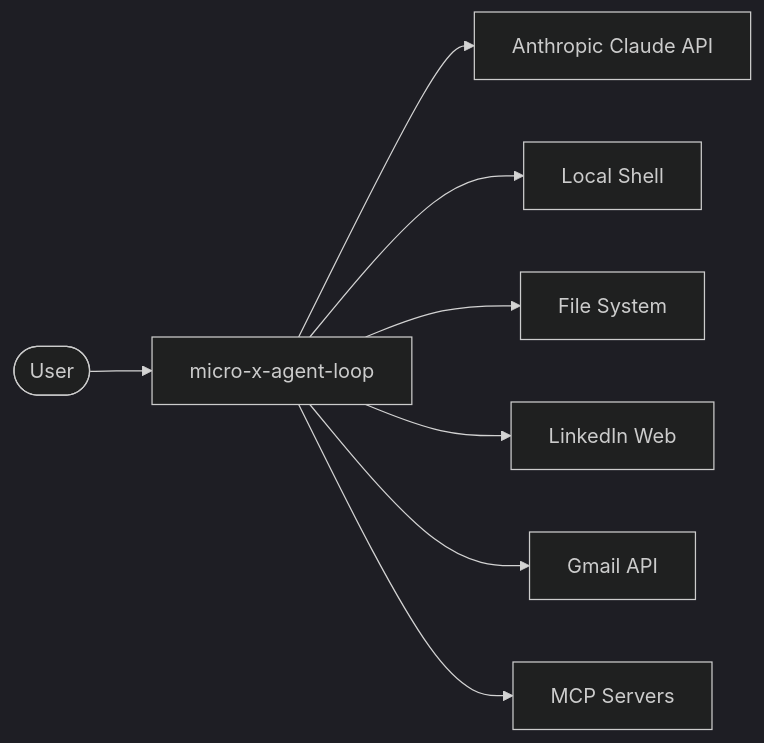
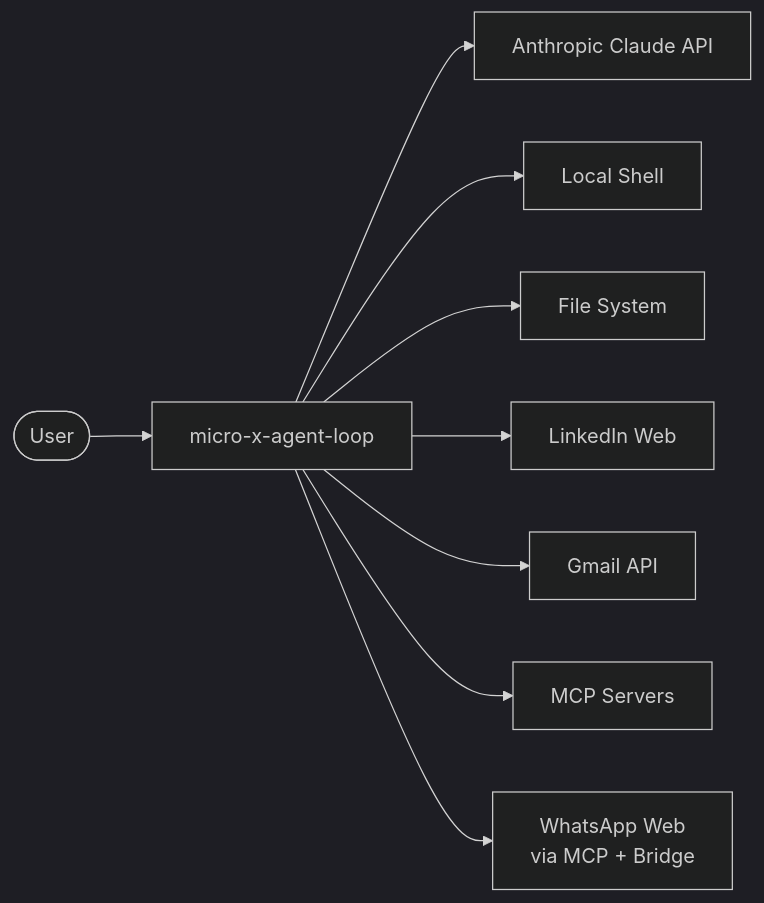
Before and after one commit to StephenDenisEdwards/micro-x-agent-loop-python: the first of 3 diagrams in documentation/docs/architecture/SAD.md, drawn with Mermaid (dark theme). The commit also changed other lines of this file and 6 other files, not shown here.

First line of the commit message:
Add WhatsApp MCP server config and comprehensive documentation

````diff
--- a/documentation/docs/architecture/SAD.md
+++ b/documentation/docs/architecture/SAD.md
@@ -38,10 +38,11 @@
 ```mermaid
 graph LR
     User([User]) --> Agent[micro-x-agent-loop]
     Agent --> Claude[Anthropic Claude API]
     Agent --> Shell[Local Shell]
     Agent --> FS[File System]
     Agent --> LinkedIn[LinkedIn Web]
     Agent --> Gmail[Gmail API]
     Agent --> MCP[MCP Servers]
+    Agent --> WhatsApp[WhatsApp Web<br/>via MCP + Bridge]
 ```
````
